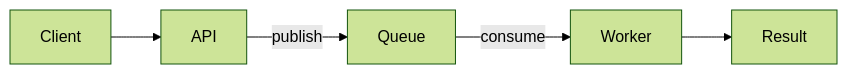
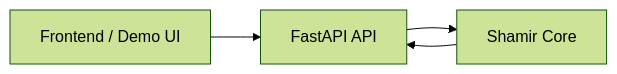
The diagram in README.md (Karimkhab/shamir-secret-dnp), drawn with Mermaid (forest theme) before and after one commit. The commit also changed other lines of this file and 8 other files, not shown here.

````diff
--- a/README.md
+++ b/README.md
@@ -38,7 +18,6 @@
 ```mermaid
 flowchart LR
-    CLIENT["Client"] --> API["API"]
-    API -->|publish| MQ["Queue"]
-    MQ -->|consume| WORKER["Worker"]
-    WORKER --> RESULT["Result"]
+    UI["Frontend / Demo UI"] --> API["FastAPI API"]
+    API --> CORE["Shamir Core"]
+    CORE --> API
 ```
````
